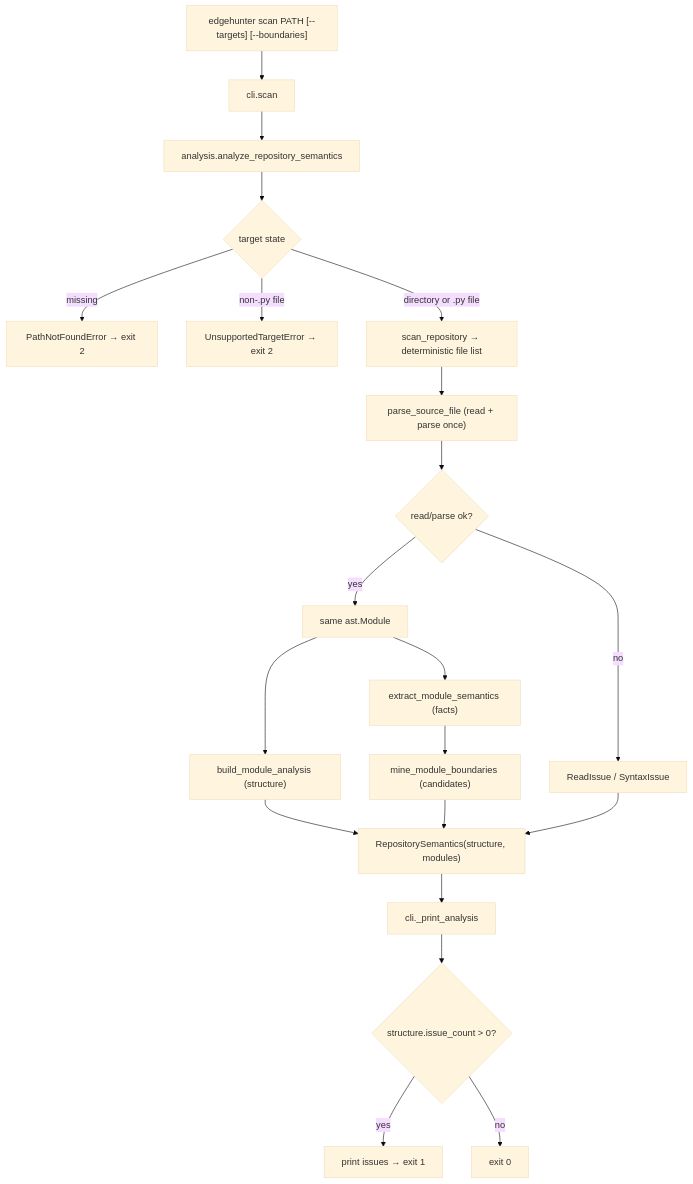
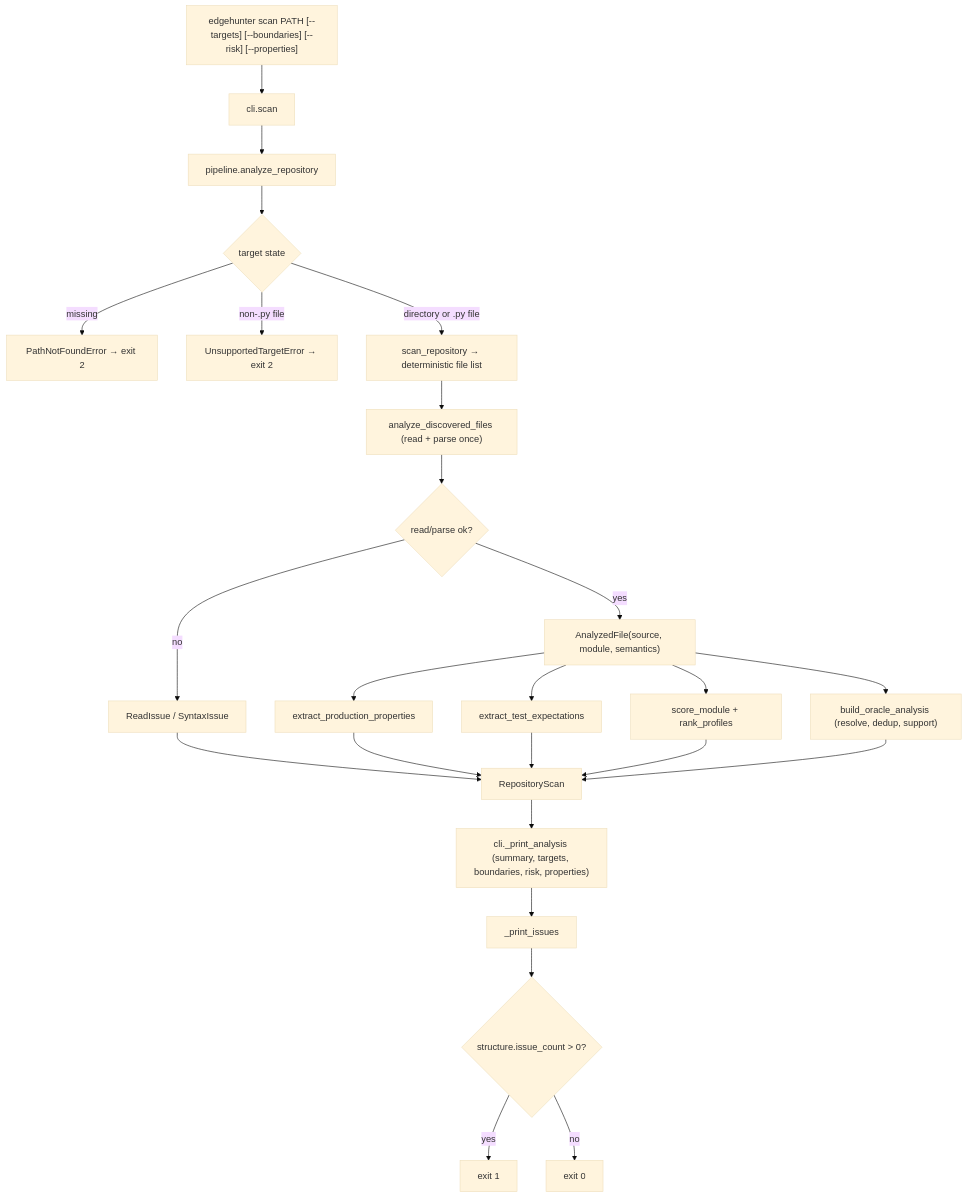
The diagram in flow.md (PrathamKapoor/Faultline), drawn with Mermaid (base theme) before and after one commit. The commit also changed other lines of this file and 23 other files, not shown here.

First line of the commit message:
Add structural risk scoring and explicit oracle mining

````diff
--- a/flow.md
+++ b/flow.md
@@ -136,23 +162,27 @@
 ```mermaid
 flowchart TD
-    A["edgehunter scan PATH [--targets] [--boundaries]"] --> B["cli.scan"]
-    B --> C["analysis.analyze_repository_semantics"]
+    A["edgehunter scan PATH [--targets] [--boundaries] [--risk] [--properties]"] --> B["cli.scan"]
+    B --> C["pipeline.analyze_repository"]
     C --> D{"target state"}
     D -->|missing| E["PathNotFoundError → exit 2"]
     D -->|"non-.py file"| F["UnsupportedTargetError → exit 2"]
     D -->|"directory or .py file"| G["scan_repository → deterministic file list"]
-    G --> H["parse_source_file (read + parse once)"]
+    G --> H["analyze_discovered_files (read + parse once)"]
     H --> I{"read/parse ok?"}
     I -->|no| J["ReadIssue / SyntaxIssue"]
-    I -->|yes| K["same ast.Module"]
-    K --> L["build_module_analysis (structure)"]
-    K --> M["extract_module_semantics (facts)"]
-    M --> N["mine_module_boundaries (candidates)"]
-    L --> O["RepositorySemantics(structure, modules)"]
-    N --> O
-    J --> O
-    O --> P["cli._print_analysis"]
-    P --> Q{"structure.issue_count > 0?"}
-    Q -->|yes| R["print issues → exit 1"]
-    Q -->|no| S["exit 0"]
+    I -->|yes| K["AnalyzedFile(source, module, semantics)"]
+    K --> L["extract_production_properties"]
+    K --> M["extract_test_expectations"]
+    K --> N["score_module + rank_profiles"]
+    K --> O["build_oracle_analysis (resolve, dedup, support)"]
+    J --> P["RepositoryScan"]
+    L --> P
+    M --> P
+    N --> P
+    O --> P
+    P --> Q["cli._print_analysis (summary, targets, boundaries, risk, properties)"]
+    Q --> R["_print_issues"]
+    R --> S{"structure.issue_count > 0?"}
+    S -->|yes| T["exit 1"]
+    S -->|no| U["exit 0"]
 ```
````
